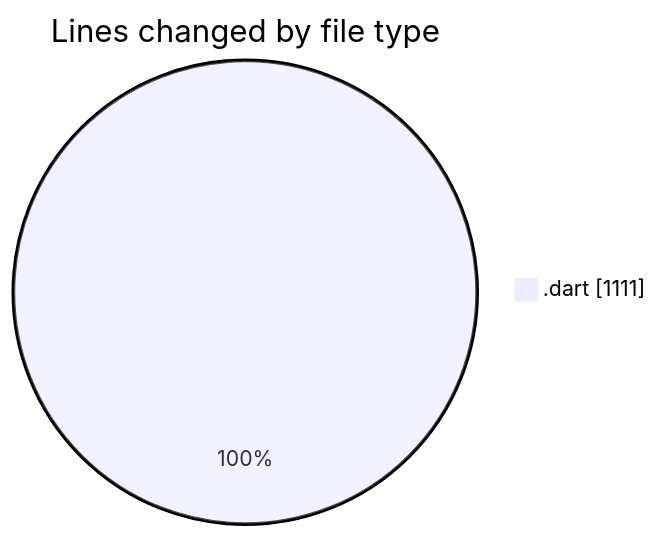
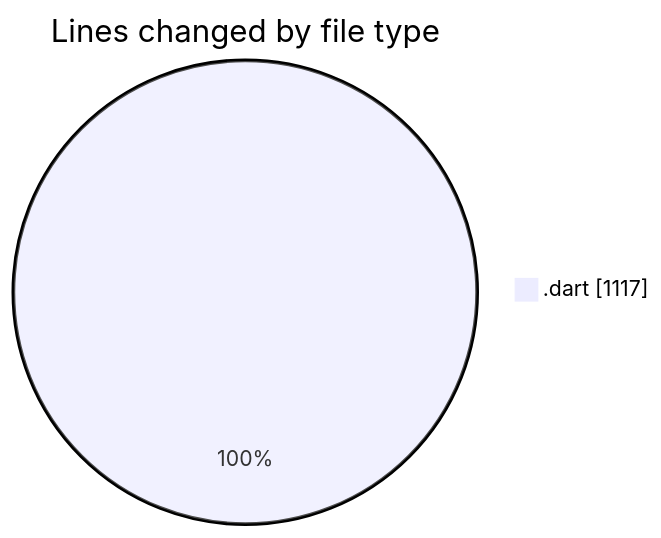
Before and after one commit to donsfak/code-tracking: the first of 2 diagrams in 2025-04-10/trackers_app/README.md, drawn with Mermaid. The commit also changed other lines of this file and 1 other file, not shown here.

````diff
--- a/2025-04-10/trackers_app/README.md
+++ b/2025-04-10/trackers_app/README.md
@@ -34,5 +34,5 @@
 ```mermaid
 pie showData
 title Lines changed by file type
-".dart" : 1111
+".dart" : 1117
 ```
````
